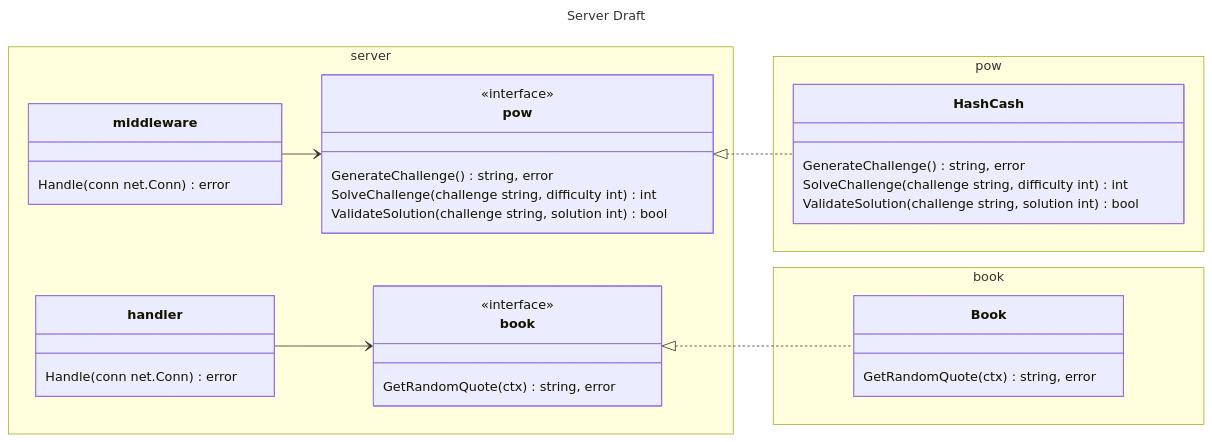
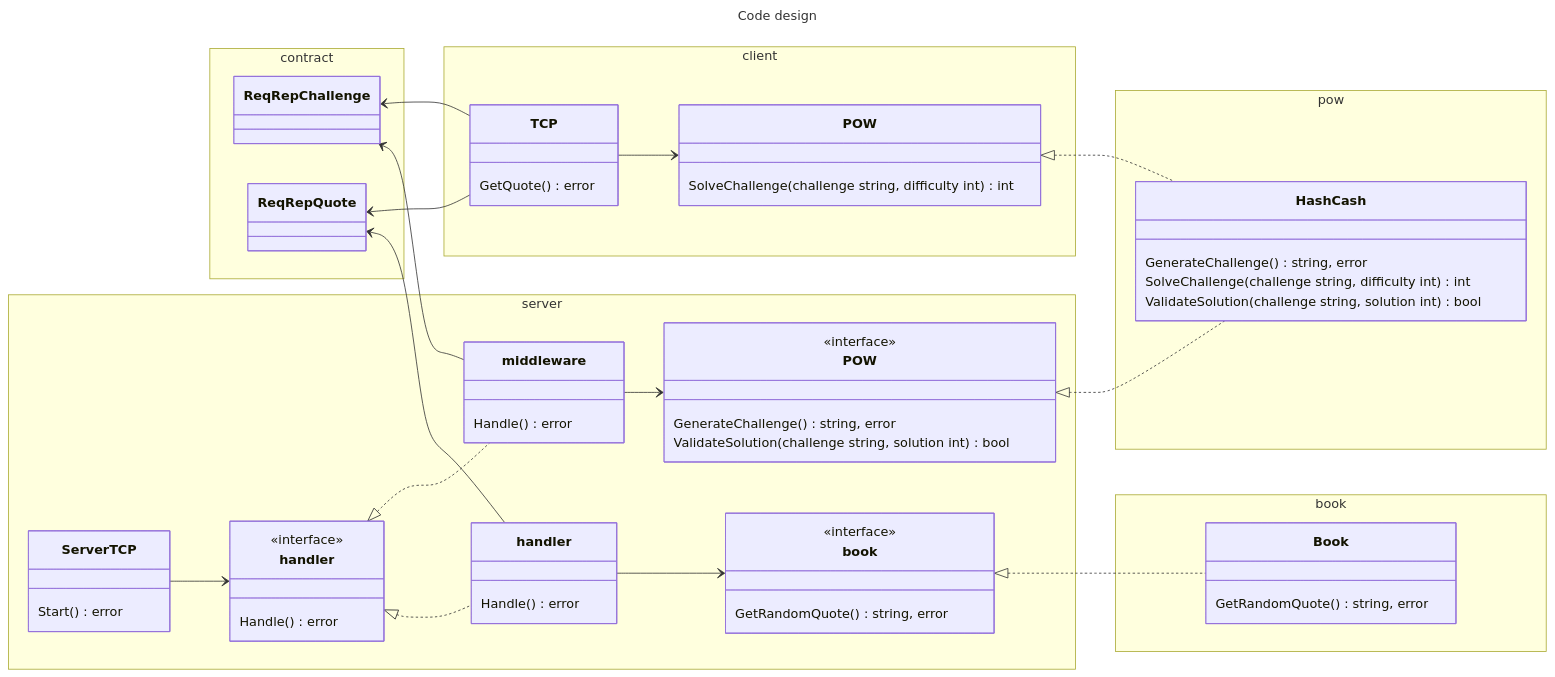
The first of 2 diagrams in README.md (itimky/faraway-test), drawn with Mermaid before and after one commit. The commit also changed other lines of this file and 4 other files, not shown here.

````diff
--- a/README.md
+++ b/README.md
@@ -20,45 +20,77 @@
 ```mermaid
 ---
-title: Server Draft
+title: Code design
 ---
 classDiagram
     direction LR
+    namespace contract {
+        class ReqRepChallenge {
+        }
+        class ReqRepQuote {
+        }
+    }
     namespace server {
+        class ServerTCP {
+            Start() error
+        }
+
         class ServerHandler["handler"] {
-            Handle(conn net.Conn) error
+            Handle() error
         }
 
         class ServerPowMiddleware["middleware"] {
-            Handle(conn net.Conn) error
+            Handle() error
+        }
+
+        class ServerHandlerI["handler"] {
+            <<interface>>
+            Handle() error
         }
 
         class ServerBook["book"] {
             <<interface>>
-            GetRandomQuote(ctx) string, error
+            GetRandomQuote() string, error
         }
-        
-        class ServerPOW["pow"] {
+
+        class ServerPOW["POW"] {
             <<interface>>
             GenerateChallenge() string, error
+            ValidateSolution(challenge string, solution int) bool
+        }
+    }
+    namespace client {
+        class ClientTCP["TCP"] {
+            GetQuote() error
+        }
+
+        class ClientPOW["POW"] {
             SolveChallenge(challenge string, difficulty int) int
-            ValidateSolution(challenge string, solution int) bool
         }
     }
     namespace pow {
         class HashCash {
             GenerateChallenge() string, error
             SolveChallenge(challenge string, difficulty int) int
             ValidateSolution(challenge string, solution int) bool
         }
     }
     namespace book {
         class Book {
-            GetRandomQuote(ctx) string, error
+            GetRandomQuote() string, error
         }
     }
 
+    ReqRepChallenge <-- ServerPowMiddleware
+    ReqRepQuote <-- ServerHandler
+    ServerTCP --> ServerHandlerI
+    ServerHandlerI <|.. ServerHandler
+    ServerHandlerI <|.. ServerPowMiddleware
     ServerHandler --> ServerBook
     ServerPowMiddleware --> ServerPOW
     ServerBook <|.. Book
     ServerPOW <|.. HashCash
+    ReqRepChallenge <-- ClientTCP
+    ReqRepQuote <-- ClientTCP
+    ClientTCP --> ClientPOW
+    ClientPOW <|.. HashCash
 ```
````
